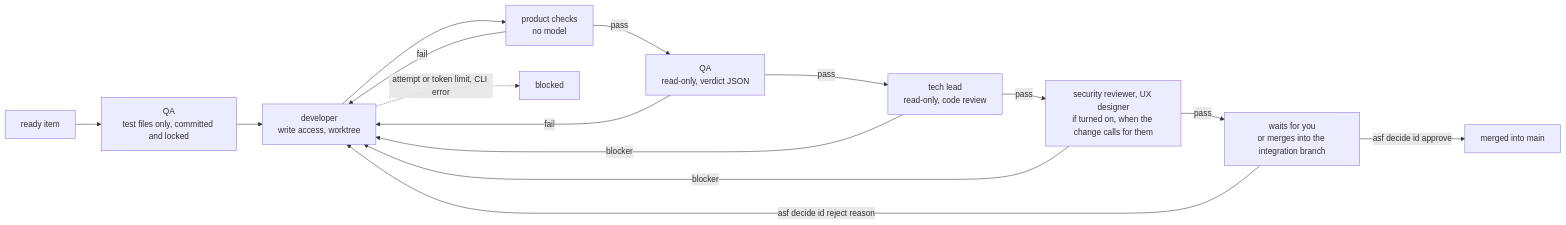
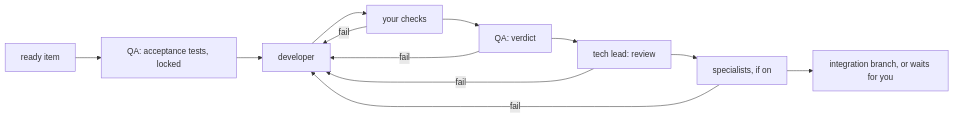
Before and after one commit to Tech-Expansion/agentic-software-factory: the diagram in README.md, drawn with Mermaid. The commit also changed other lines of this file and 2 other files, not shown here.

First line of the commit message:
docs: a shorter README and roadmap

````diff
--- a/README.md
+++ b/README.md
@@ -42,17 +23,11 @@
 ```mermaid
 flowchart LR
-  R[ready item] --> T[QA<br/>test files only, committed and locked]
-  T --> B[developer<br/>write access, worktree]
-  B --> C[product checks<br/>no model]
-  C -->|fail| B
-  C -->|pass| V[QA<br/>read-only, verdict JSON]
-  V -->|fail| B
-  V -->|pass| L[tech lead<br/>read-only, code review]
-  L -->|blocker| B
-  L -->|pass| S[security reviewer, UX designer<br/>if turned on, when the change calls for them]
-  S -->|blocker| B
-  S -->|pass| W[waits for you<br/>or merges into the integration branch]
-  W -->|asf decide id approve| M[merged into main]
-  W -->|asf decide id reject reason| B
-  B -.->|attempt or token limit, CLI error| X[blocked]
+  R[ready item] --> T[QA: acceptance tests, locked]
+  T --> B[developer]
+  B --> C[your checks]
+  C --> V[QA: verdict]
+  V --> L[tech lead: review]
+  L --> S[specialists, if on]
+  S --> M[integration branch, or waits for you]
+  C & V & L & S -->|fail| B
 ```
````
